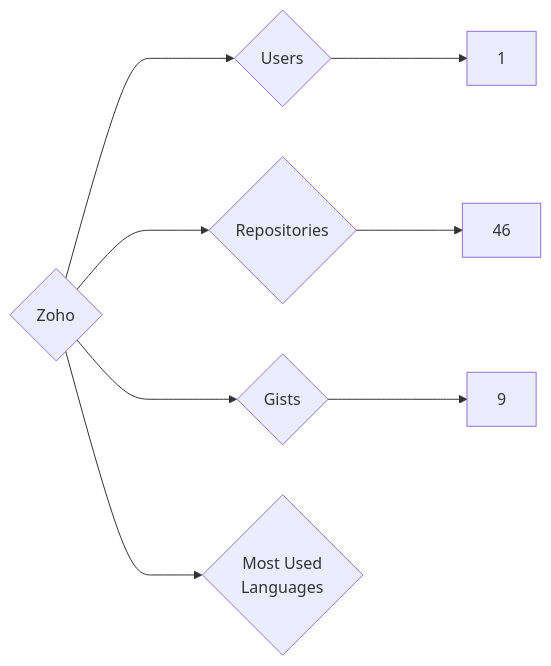
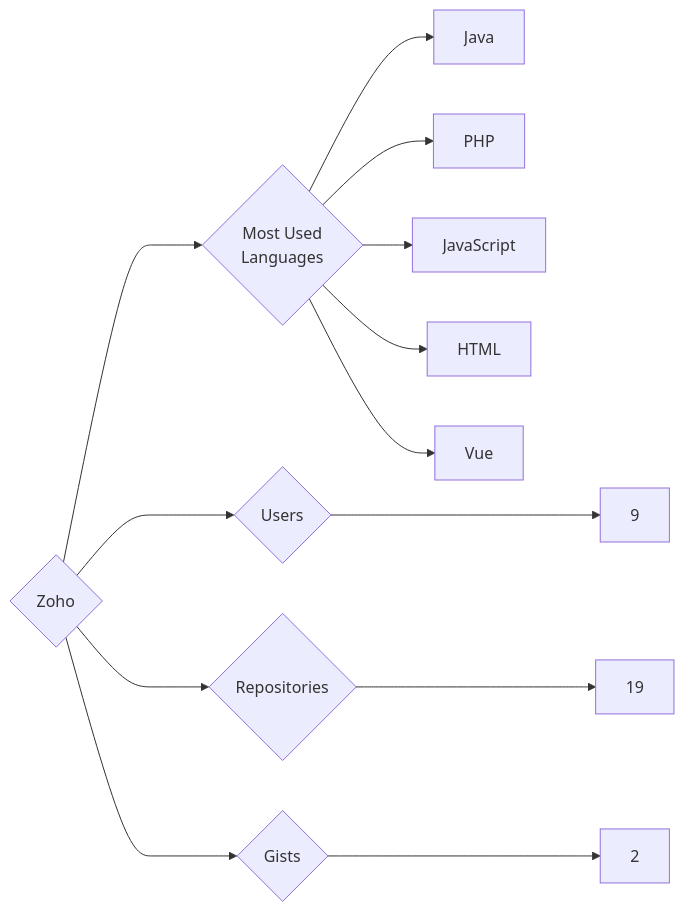
Before and after one commit to trickest/insiders: the diagram in targets/Zoho/README.md, drawn with Mermaid. The commit also changed 815 other files, not shown here.

````diff
--- a/targets/Zoho/README.md
+++ b/targets/Zoho/README.md
@@ -3,8 +3,13 @@
 ```mermaid
 graph LR
 COMPANY_NAME{Zoho}
-COMPANY_NAME ---> U{Users} ---> UN[1]
-COMPANY_NAME ---> R{Repositories} ---> RN[46]
-COMPANY_NAME ---> G{Gists} ---> GN[9]
+COMPANY_NAME ---> U{Users} ---> UN[9]
+COMPANY_NAME ---> R{Repositories} ---> RN[19]
+COMPANY_NAME ---> G{Gists} ---> GN[2]
 COMPANY_NAME ---> ML{Most Used<br>Languages}
+ML --> Java[Java]
+ML --> PHP[PHP]
+ML --> JavaScript[JavaScript]
+ML --> HTML[HTML]
+ML --> Vue[Vue]
 ```
````
